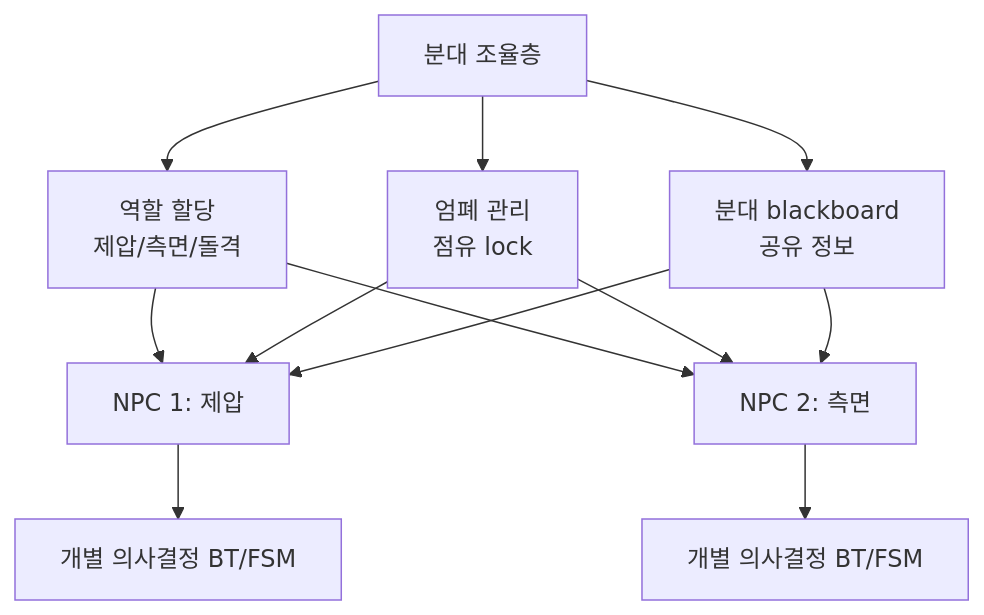
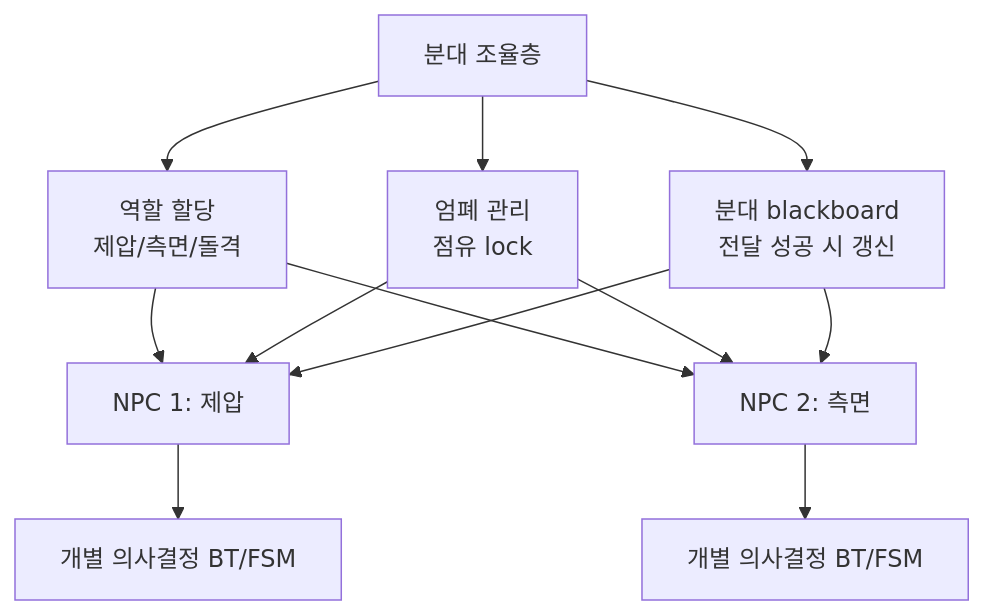
Before and after one commit to Rein-ArXiv/game-dev-curriculum: the first of 4 diagrams in ai/part14_squad_coordination.md, drawn with Mermaid. The commit also changed other lines of this file and 279 other files, not shown here.

````diff
--- a/ai/part14_squad_coordination.md
+++ b/ai/part14_squad_coordination.md
@@ -9,14 +9,14 @@
 ```mermaid
 flowchart TB
     Squad[분대 조율층] --> Role[역할 할당<br/>제압/측면/돌격]
     Squad --> Cover[엄폐 관리<br/>점유 lock]
-    Squad --> BB[분대 blackboard<br/>공유 정보]
+    Squad --> BB[분대 blackboard<br/>전달 성공 시 갱신]
     Role --> M1[NPC 1: 제압]
     Role --> M2[NPC 2: 측면]
     Cover --> M1
     Cover --> M2
     BB --> M1
     BB --> M2
     M1 --> Indiv1[개별 의사결정 BT/FSM]
     M2 --> Indiv2[개별 의사결정 BT/FSM]
 ```
````
